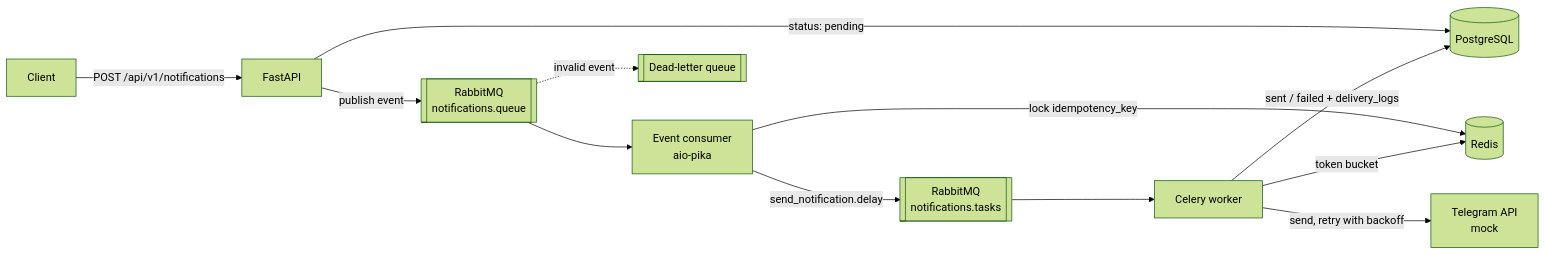
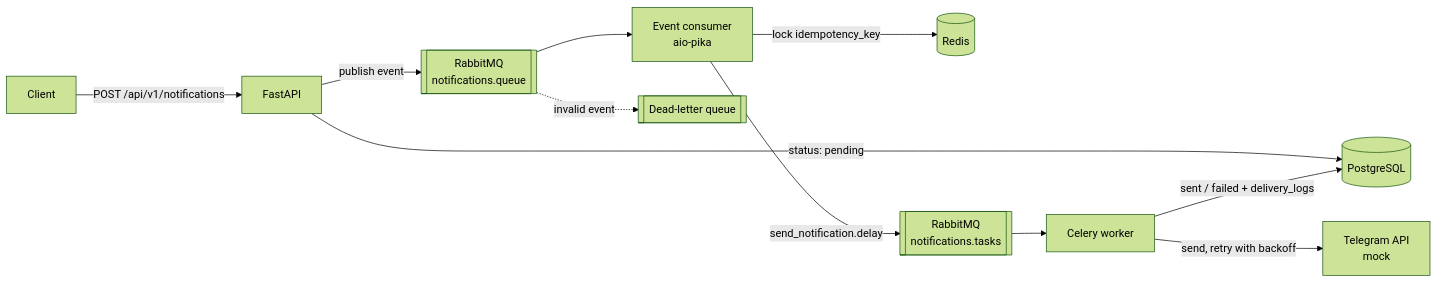
Before and after one commit to TkachukStanislav/notification-dispatcher: the diagram in README.md, drawn with Mermaid (forest theme). The commit also changed other lines of this file and 6 other files, not shown here.

````diff
--- a/README.md
+++ b/README.md
@@ -17,14 +17,13 @@
 ```mermaid
 flowchart LR
     C[Client] -->|POST /api/v1/notifications| API[FastAPI]
     API -->|status: pending| DB[(PostgreSQL)]
     API -->|publish event| Q[[RabbitMQ<br/>notifications.queue]]
     Q --> CON[Event consumer<br/>aio-pika]
     Q -.->|invalid event| DLQ[[Dead-letter queue]]
     CON -->|lock idempotency_key| R[(Redis)]
     CON -->|send_notification.delay| TQ[[RabbitMQ<br/>notifications.tasks]]
     TQ --> W[Celery worker]
-    W -->|token bucket| R
     W -->|send, retry with backoff| T[Telegram API<br/>mock]
     W -->|sent / failed + delivery_logs| DB
 ```
````
